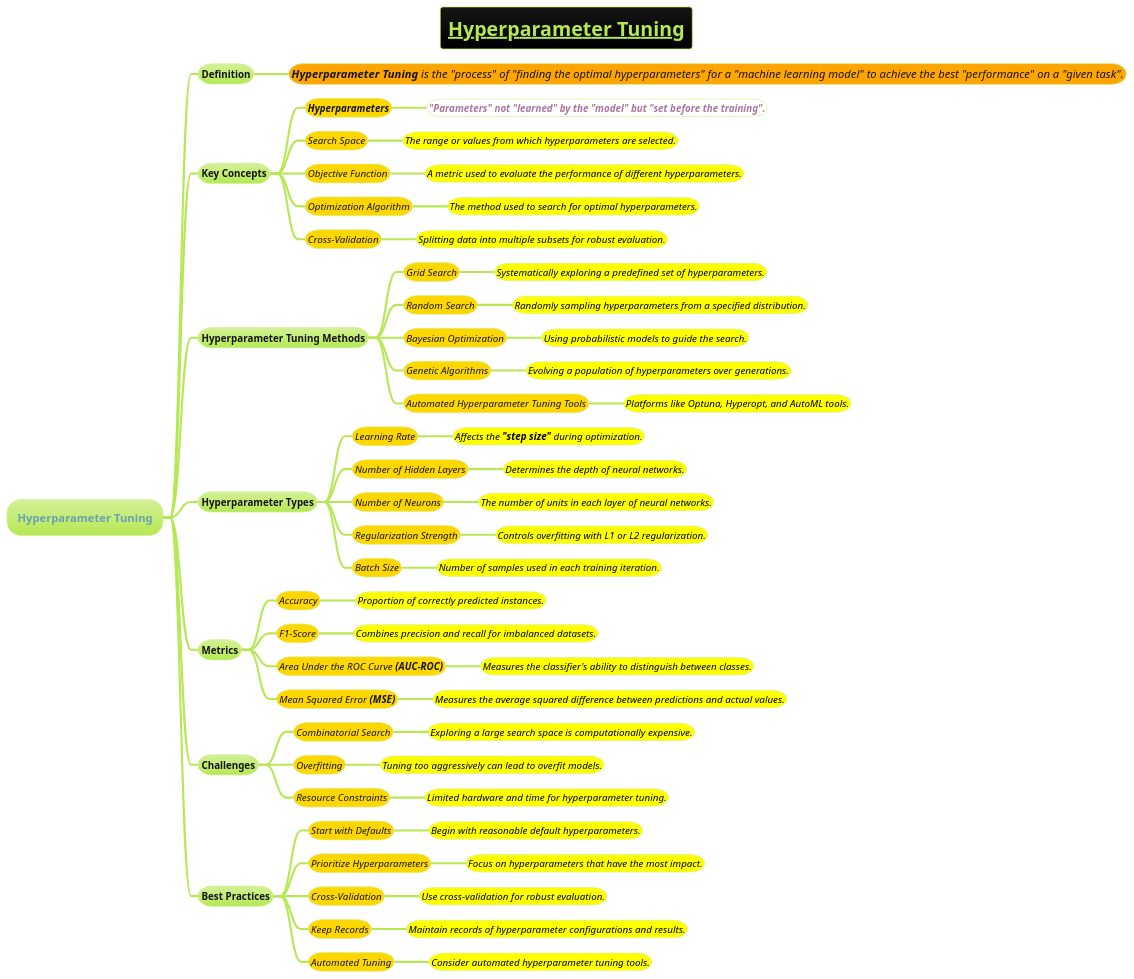
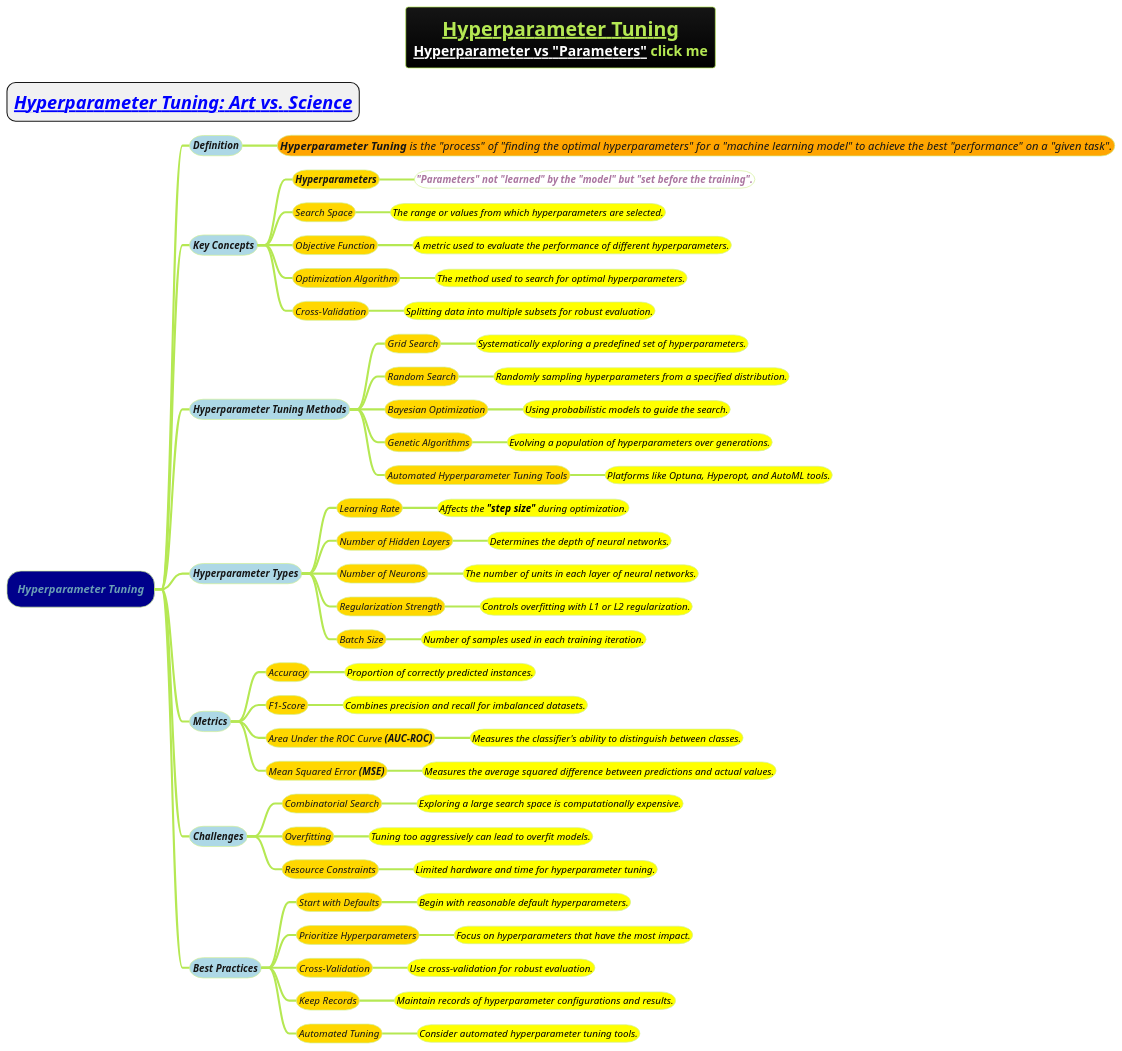
The diagram in docs/AI-ML- DL-Data-Science-and-BigData/machine-learning-ML/3-deep-learning-DL/Hyperparameter-Tuning.puml (MehmoodHashmi/Documentation-as-Code-DaC), drawn with PlantUML before and after one commit. The commit also changed 14 other files, not shown here.

```diff
--- a/docs/AI-ML- DL-Data-Science-and-BigData/machine-learning-ML/3-deep-learning-DL/Hyperparameter-Tuning.puml
+++ b/docs/AI-ML- DL-Data-Science-and-BigData/machine-learning-ML/3-deep-learning-DL/Hyperparameter-Tuning.puml
@@ -1,77 +1,75 @@
 @startmindmap
-title =__Hyperparameter Tuning__
-
+title =__Hyperparameter Tuning__\n[[Parameters-and-Hyperparameters.puml Hyperparameter vs "Parameters"]] click me
+* =<i><b>[[Hyperparameter-Tuning-Art-vs-Science.puml Hyperparameter Tuning: Art vs. Science]]
 !theme hacker
-
-
-* Hyperparameter Tuning
-** Definition
+*[#darkblue] <i>Hyperparameter Tuning
+**[#lightblue] <i><size:14>Definition
 ***[#orange] <i><size:16>**Hyperparameter Tuning** is the "process" of "finding the optimal hyperparameters" for a "machine learning model" to achieve the best "performance" on a "given task".
 
-** Key Concepts
+**[#lightblue] <i><size:14>Key Concepts
 ***[#gold] <size:14><i>**Hyperparameters**
 ****[#white] <i><size:14>**"Parameters" not "learned" by the "model" but "set before the training".**
 ***[#gold] <size:14><i>Search Space
 ****[#yellow] <color #black><i><size:14>The range or values from which hyperparameters are selected.
 ***[#gold] <size:14><i>Objective Function
 ****[#yellow] <color #black><i><size:14>A metric used to evaluate the performance of different hyperparameters.
 ***[#gold] <size:14><i>Optimization Algorithm
 ****[#yellow] <color #black><i><size:14>The method used to search for optimal hyperparameters.
 ***[#gold] <size:14><i>Cross-Validation
 ****[#yellow] <color #black><i><size:14>Splitting data into multiple subsets for robust evaluation.
 
-** Hyperparameter Tuning Methods
+**[#lightblue] <i><size:14>Hyperparameter Tuning Methods
 ***[#gold] <size:14><i>Grid Search
 ****[#yellow] <color #black><i><size:14>Systematically exploring a predefined set of hyperparameters.
 ***[#gold] <size:14><i>Random Search
 ****[#yellow] <color #black><i><size:14>Randomly sampling hyperparameters from a specified distribution.
 ***[#gold] <size:14><i>Bayesian Optimization
 ****[#yellow] <color #black><i><size:14>Using probabilistic models to guide the search.
 ***[#gold] <size:14><i>Genetic Algorithms
 ****[#yellow] <color #black><i><size:14>Evolving a population of hyperparameters over generations.
 ***[#gold] <size:14><i>Automated Hyperparameter Tuning Tools
 ****[#yellow] <color #black><i><size:14>Platforms like Optuna, Hyperopt, and AutoML tools.
 
-** Hyperparameter Types
+**[#lightblue] <i><size:14>Hyperparameter Types
 ***[#gold] <size:14><i>Learning Rate
 ****[#yellow] <color #black><i><size:14>Affects the **"step size"** during optimization.
 ***[#gold] <size:14><i>Number of Hidden Layers
 ****[#yellow] <color #black><i><size:14>Determines the depth of neural networks.
 ***[#gold] <size:14><i>Number of Neurons
 ****[#yellow] <color #black><i><size:14>The number of units in each layer of neural networks.
 ***[#gold] <size:14><i>Regularization Strength
 ****[#yellow] <color #black><i><size:14>Controls overfitting with L1 or L2 regularization.
 ***[#gold] <size:14><i>Batch Size
 ****[#yellow] <color #black><i><size:14>Number of samples used in each training iteration.
 
-** Metrics
+**[#lightblue] <i><size:14>Metrics
 ***[#gold] <size:14><i>Accuracy
 ****[#yellow] <color #black><i><size:14>Proportion of correctly predicted instances.
 ***[#gold] <size:14><i>F1-Score
 ****[#yellow] <color #black><i><size:14>Combines precision and recall for imbalanced datasets.
 ***[#gold] <size:14><i>Area Under the ROC Curve **(AUC-ROC)**
 ****[#yellow] <color #black><i><size:14>Measures the classifier's ability to distinguish between classes.
 ***[#gold] <size:14><i>Mean Squared Error **(MSE)**
 ****[#yellow] <color #black><i><size:14>Measures the average squared difference between predictions and actual values.
 
-** Challenges
+**[#lightblue] <i><size:14>Challenges
 ***[#gold] <size:14><i>Combinatorial Search
 ****[#yellow] <color #black><i><size:14>Exploring a large search space is computationally expensive.
 ***[#gold] <size:14><i>Overfitting
 ****[#yellow] <color #black><i><size:14>Tuning too aggressively can lead to overfit models.
 ***[#gold] <size:14><i>Resource Constraints
 ****[#yellow] <color #black><i><size:14>Limited hardware and time for hyperparameter tuning.
 
-** Best Practices
+**[#lightblue] <i><size:14>Best Practices
 ***[#gold] <size:14><i>Start with Defaults
 ****[#yellow] <color #black><i><size:14>Begin with reasonable default hyperparameters.
 ***[#gold] <size:14><i>Prioritize Hyperparameters
 ****[#yellow] <color #black><i><size:14>Focus on hyperparameters that have the most impact.
 ***[#gold] <size:14><i>Cross-Validation
 ****[#yellow] <color #black><i><size:14>Use cross-validation for robust evaluation.
 ***[#gold] <size:14><i>Keep Records
 ****[#yellow] <color #black><i><size:14>Maintain records of hyperparameter configurations and results.
 ***[#gold] <size:14><i>Automated Tuning
 ****[#yellow] <color #black><i><size:14>Consider automated hyperparameter tuning tools.
 
 @endmindmap
```
